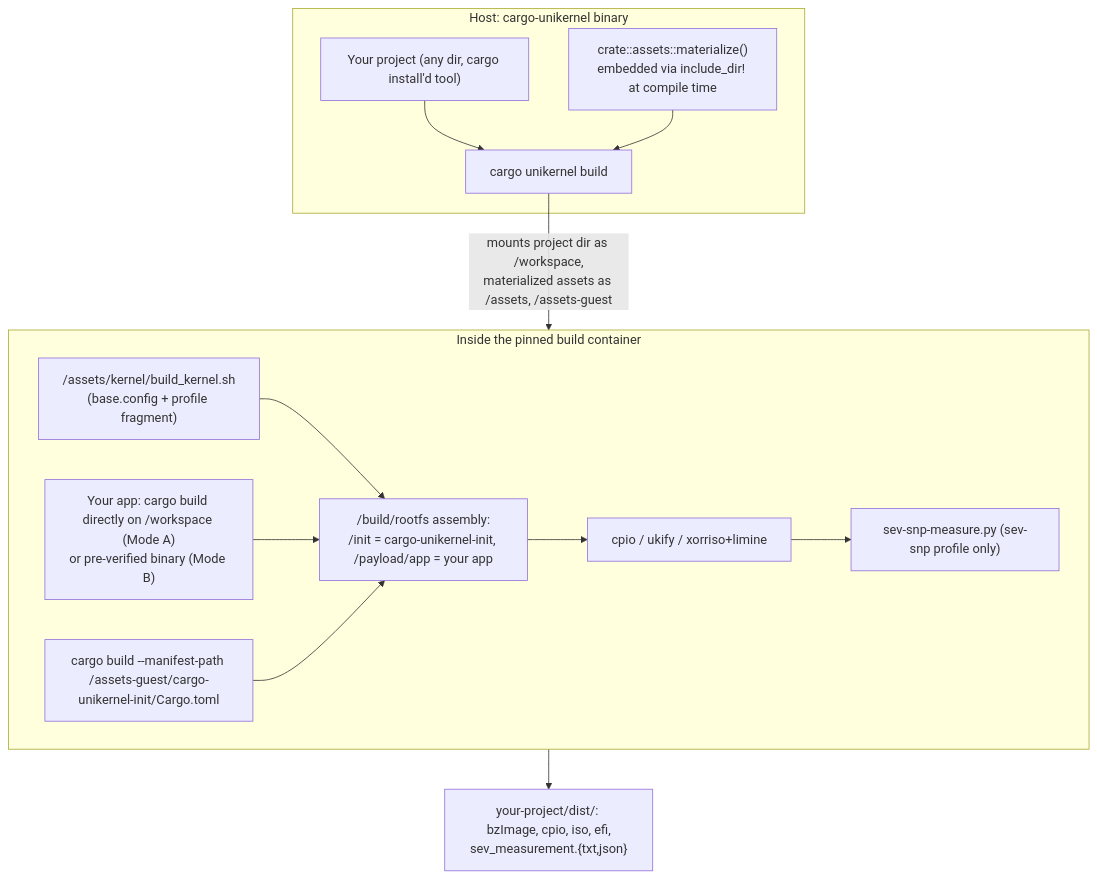
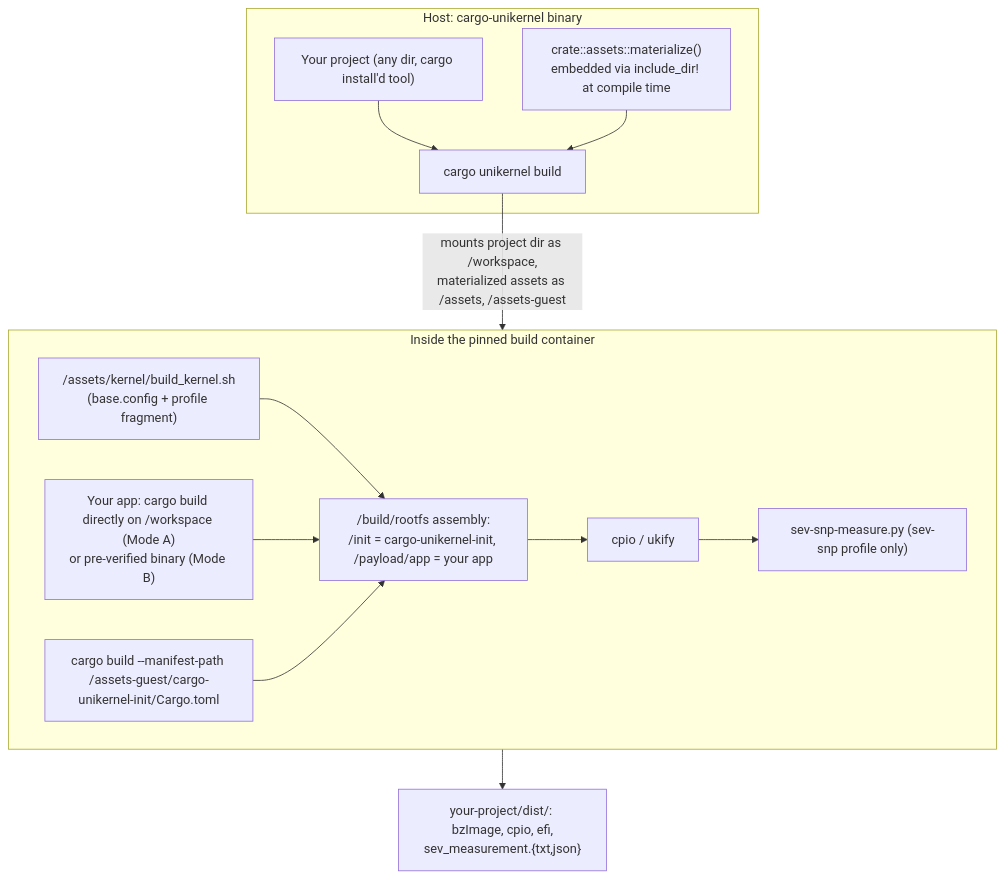
Before and after one commit to hacer-bark/cargo-unikernel: the diagram in docs/architecture.md, drawn with Mermaid. The commit also changed other lines of this file and 41 other files, not shown here.

````diff
--- a/docs/architecture.md
+++ b/docs/architecture.md
@@ -12,25 +14,25 @@
 ```mermaid
 flowchart TB
     subgraph HOST["Host: cargo-unikernel binary"]
         PROJ["Your project (any dir, cargo install'd tool)"]
         BUILD["cargo unikernel build"]
         ASSETS["crate::assets::materialize()<br/>embedded via include_dir! at compile time"]
         PROJ --> BUILD
         ASSETS --> BUILD
     end
     subgraph DOCKER_INNER["Inside the pinned build container"]
         KERNEL["/assets/kernel/build_kernel.sh<br/>(base.config + profile fragment)"]
         APP["Your app: cargo build directly on /workspace (Mode A)<br/>or pre-verified binary (Mode B)"]
         INIT["cargo build --manifest-path /assets-guest/cargo-unikernel-init/Cargo.toml"]
         ROOTFS["/build/rootfs assembly:<br/>/init = cargo-unikernel-init, /payload/app = your app"]
-        IMG["cpio / ukify / xorriso+limine"]
+        IMG["cpio / ukify"]
         MEASURE["sev-snp-measure.py (sev-snp profile only)"]
         KERNEL --> ROOTFS
         APP --> ROOTFS
         INIT --> ROOTFS
         ROOTFS --> IMG
         IMG --> MEASURE
     end
     BUILD -->|"mounts project dir as /workspace,<br/>materialized assets as /assets, /assets-guest"| DOCKER_INNER
-    DOCKER_INNER --> DIST["your-project/dist/: bzImage, cpio, iso, efi,<br/>sev_measurement.{txt,json}"]
+    DOCKER_INNER --> DIST["your-project/dist/: bzImage, cpio, efi,<br/>sev_measurement.{txt,json}"]
 ```
````
